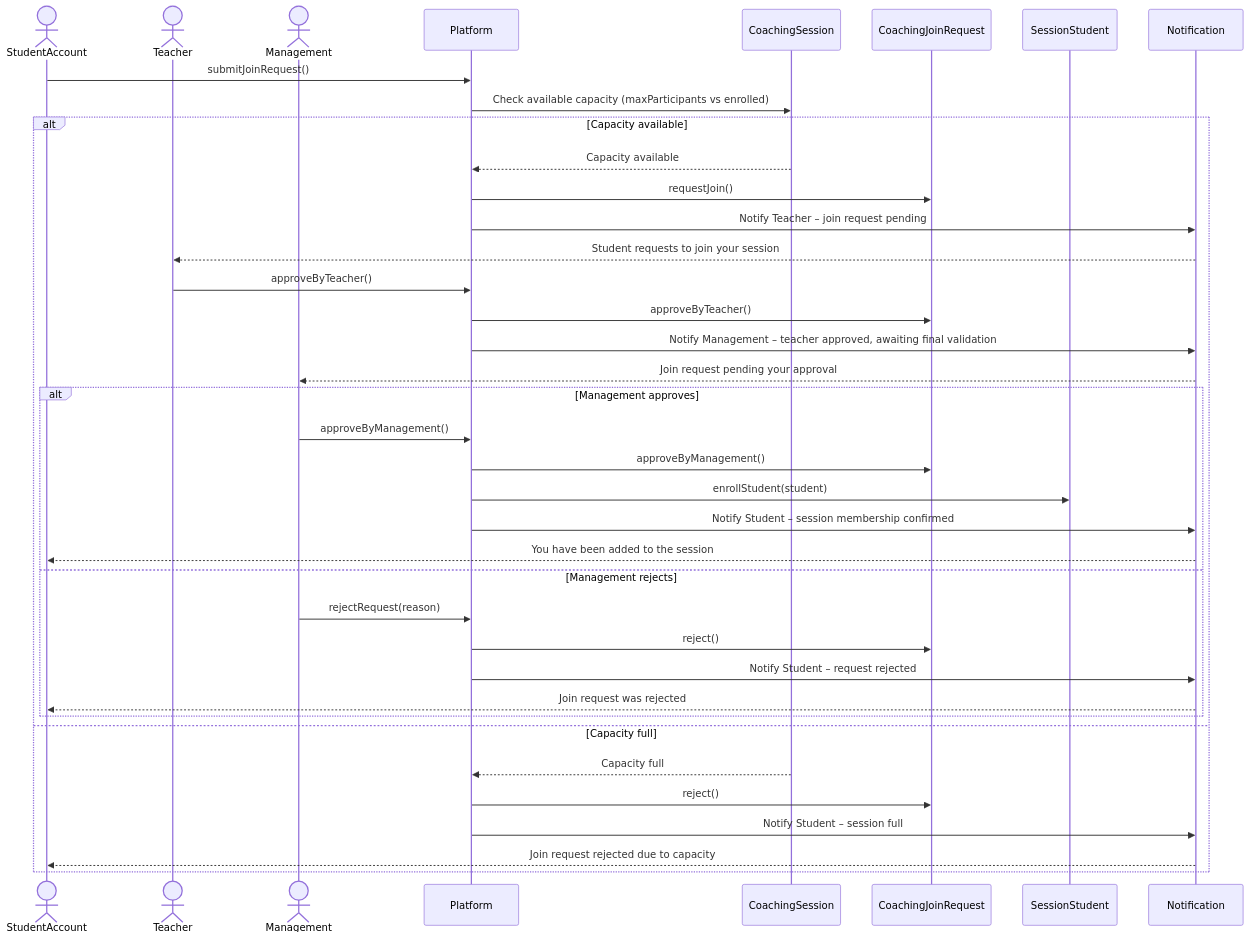
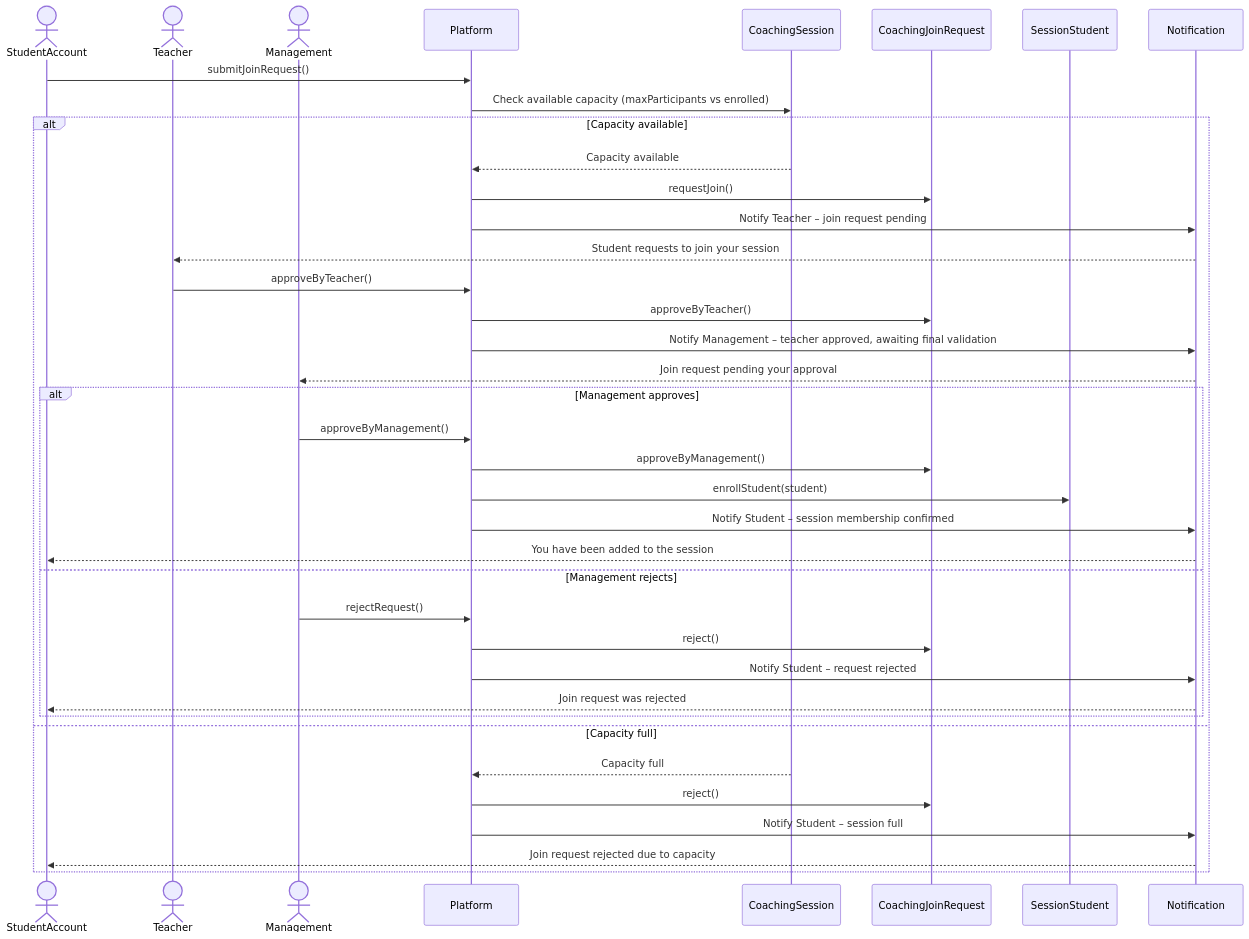
One commit to NovaLogic-Systems/gestArtes-docs changed the sixth of 11 diagrams in diagrams/Sequence Diagram/sequencediagram.md. Above: the diagram before and after it, drawn with Mermaid.

Commit message:
Remove join request rejection message in sequence diagram

````diff
--- a/diagrams/Sequence Diagram/sequencediagram.md
+++ b/diagrams/Sequence Diagram/sequencediagram.md
@@ -164,41 +164,41 @@
 ```mermaid
 sequenceDiagram
     actor Student as StudentAccount
     actor Teacher
     actor Management
     participant Platform
     participant CoachingSession
     participant CoachingJoinRequest
     participant SessionStudent
     participant Notification
 
     Student->>Platform: submitJoinRequest()
     Platform->>CoachingSession: Check available capacity (maxParticipants vs enrolled)
     alt Capacity available
         CoachingSession-->>Platform: Capacity available
         Platform->>CoachingJoinRequest: requestJoin()
         Platform->>Notification: Notify Teacher – join request pending
         Notification-->>Teacher: Student requests to join your session
         Teacher->>Platform: approveByTeacher()
         Platform->>CoachingJoinRequest: approveByTeacher()
         Platform->>Notification: Notify Management – teacher approved, awaiting final validation
         Notification-->>Management: Join request pending your approval
         alt Management approves
             Management->>Platform: approveByManagement()
             Platform->>CoachingJoinRequest: approveByManagement()
             Platform->>SessionStudent: enrollStudent(student)
             Platform->>Notification: Notify Student – session membership confirmed
             Notification-->>Student: You have been added to the session
         else Management rejects
-            Management->>Platform: rejectRequest(reason)
+            Management->>Platform: rejectRequest()
             Platform->>CoachingJoinRequest: reject()
             Platform->>Notification: Notify Student – request rejected
             Notification-->>Student: Join request was rejected
         end
     else Capacity full
         CoachingSession-->>Platform: Capacity full
         Platform->>CoachingJoinRequest: reject()
         Platform->>Notification: Notify Student – session full
         Notification-->>Student: Join request rejected due to capacity
     end
 ```
````
